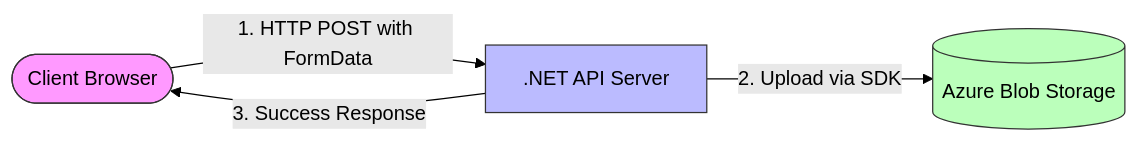
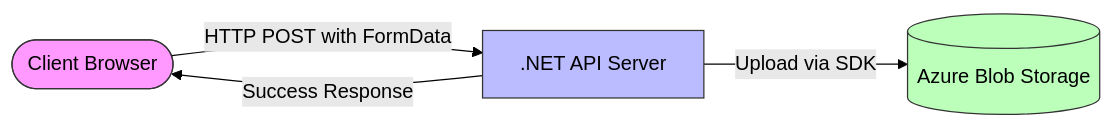
Before and after one commit to nitin27may/azure-storage-dotnet: the first of 5 diagrams in README.md, drawn with Mermaid (forest theme). The commit also changed other lines of this file, not shown here.

````diff
--- a/README.md
+++ b/README.md
@@ -25,18 +25,18 @@
 ```mermaid
 flowchart LR
     Client([Client Browser])
     API[.NET API Server]
     Azure[(Azure Blob Storage)]
     
-    Client -->|1. HTTP POST with FormData| API
-    API -->|2. Upload via SDK| Azure
-    API -->|3. Success Response| Client
+    Client -- "HTTP POST with FormData" --> API
+    API -- "Upload via SDK" --> Azure
+    API -- "Success Response" --> Client
     
     classDef client fill:#f9f,stroke:#333,stroke-width:1px;
     classDef api fill:#bbf,stroke:#333,stroke-width:1px;
     classDef azure fill:#bfb,stroke:#333,stroke-width:1px;
     
     class Client client;
     class API api;
     class Azure azure;
 ```
````
